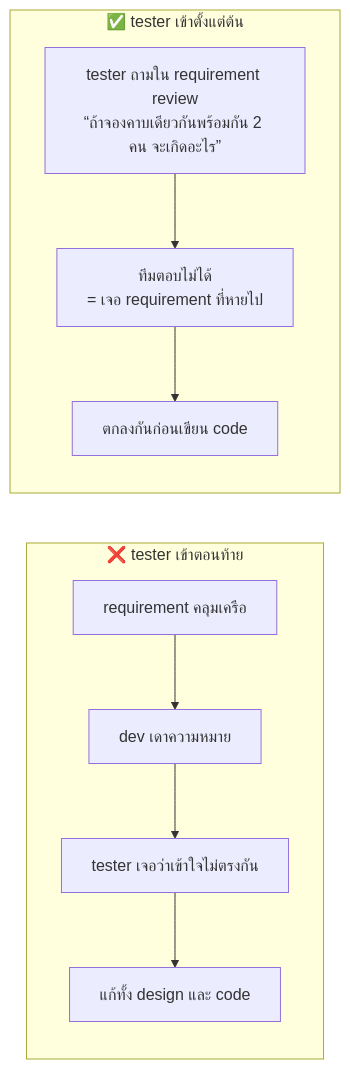
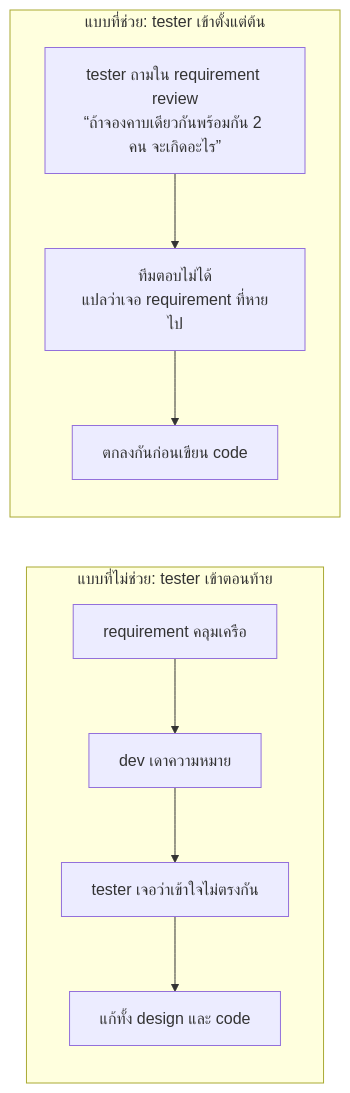
One commit to CE-SDPX/SDPX-AI changed the second of 19 diagrams in readings/03-software-testing.md. Above: the diagram before and after it, drawn with Mermaid. The commit also changed other lines of this file and 6 other files, not shown here.

````diff
--- a/readings/03-software-testing.md
+++ b/readings/03-software-testing.md
@@ -98,9 +96,9 @@
 ```mermaid
 flowchart LR
-    subgraph late["❌ tester เข้าตอนท้าย"]
+    subgraph late["แบบที่ไม่ช่วย: tester เข้าตอนท้าย"]
         L1["requirement คลุมเครือ"] --> L2["dev เดาความหมาย"] --> L3["tester เจอว่าเข้าใจไม่ตรงกัน"] --> L4["แก้ทั้ง design และ code"]
     end
-    subgraph early["✅ tester เข้าตั้งแต่ต้น"]
-        E1["tester ถามใน requirement review<br/>“ถ้าจองคาบเดียวกันพร้อมกัน 2 คน จะเกิดอะไร”"] --> E2["ทีมตอบไม่ได้<br/>= เจอ requirement ที่หายไป"] --> E3["ตกลงกันก่อนเขียน code"]
+    subgraph early["แบบที่ช่วย: tester เข้าตั้งแต่ต้น"]
+        E1["tester ถามใน requirement review<br/>“ถ้าจองคาบเดียวกันพร้อมกัน 2 คน จะเกิดอะไร”"] --> E2["ทีมตอบไม่ได้<br/>แปลว่าเจอ requirement ที่หายไป"] --> E3["ตกลงกันก่อนเขียน code"]
     end
 ```
````
